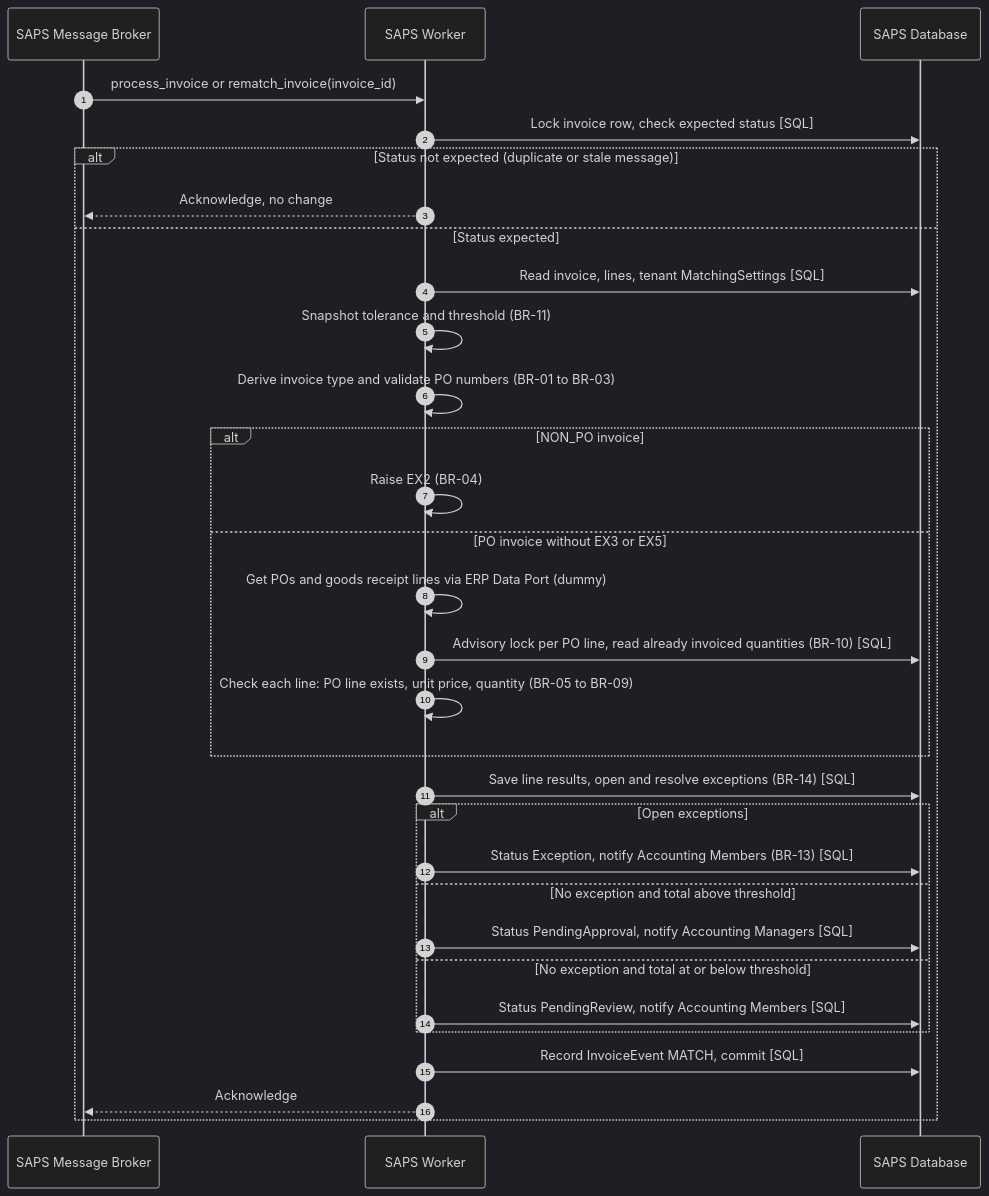
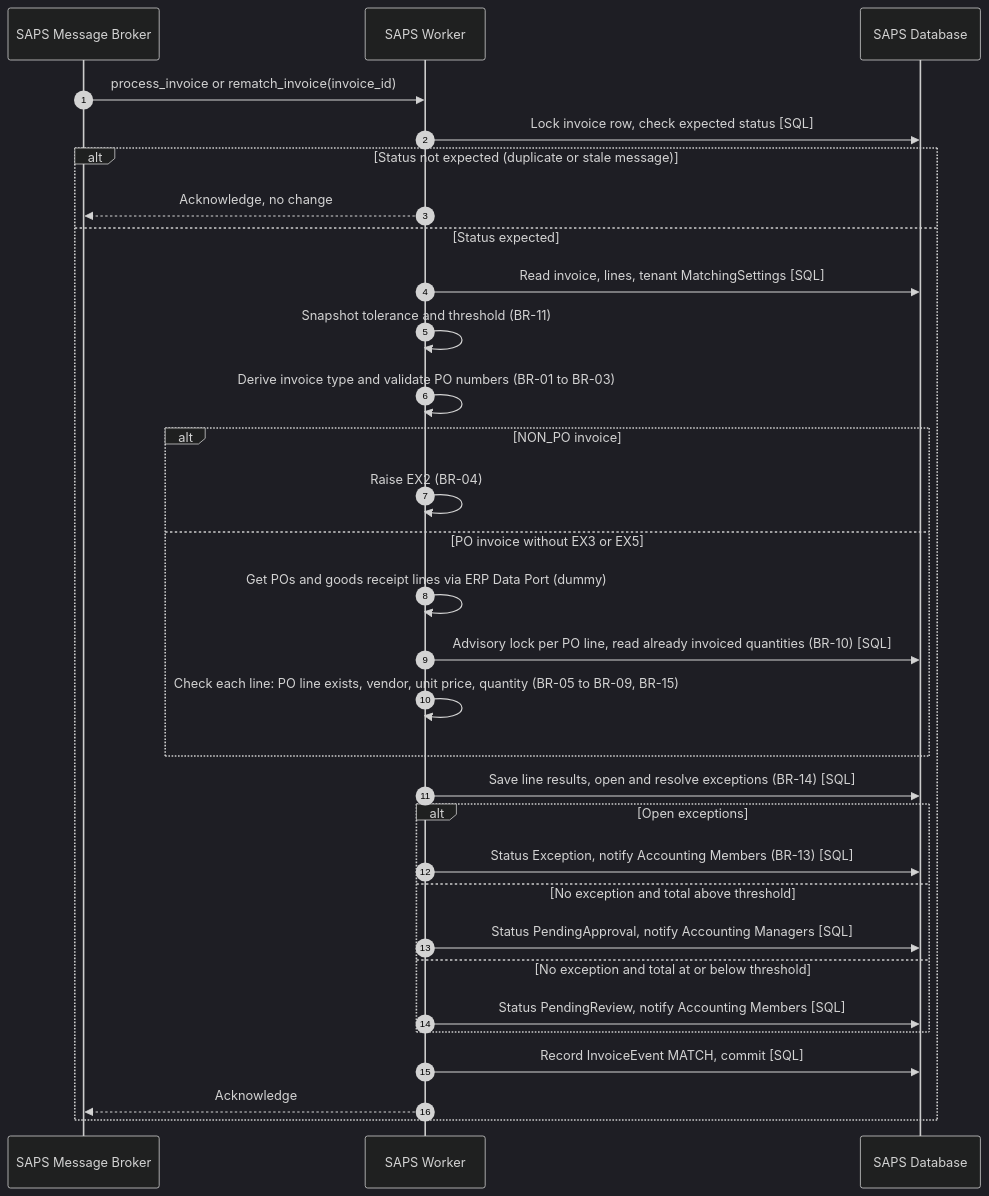
Before and after one commit to jiri-nguyen/SAPS: the first of 2 diagrams in docs/03-features/SAPS-19-invoice-matching.md, drawn with Mermaid (dark theme). The commit also changed other lines of this file and 9 other files, not shown here.

Commit message:
docs: log DEC-031..034 (EX10, quantity rule, PO-line matching); scope v0.5; OpenAPI 0.2.0; update SAPS-19, tests, glossary

````diff
--- a/docs/03-features/SAPS-19-invoice-matching.md
+++ b/docs/03-features/SAPS-19-invoice-matching.md
@@ -71,34 +73,34 @@
 ```mermaid
 sequenceDiagram
     autonumber
     participant MQ as SAPS Message Broker
     participant Worker as SAPS Worker
     participant DB as SAPS Database
 
     MQ->>Worker: process_invoice or rematch_invoice(invoice_id)
     Worker->>DB: Lock invoice row, check expected status [SQL]
     alt Status not expected (duplicate or stale message)
         Worker-->>MQ: Acknowledge, no change
     else Status expected
         Worker->>DB: Read invoice, lines, tenant MatchingSettings [SQL]
         Worker->>Worker: Snapshot tolerance and threshold (BR-11)
         Worker->>Worker: Derive invoice type and validate PO numbers (BR-01 to BR-03)
         alt NON_PO invoice
             Worker->>Worker: Raise EX2 (BR-04)
         else PO invoice without EX3 or EX5
             Worker->>Worker: Get POs and goods receipt lines via ERP Data Port (dummy)
             Worker->>DB: Advisory lock per PO line, read already invoiced quantities (BR-10) [SQL]
-            Worker->>Worker: Check each line: PO line exists, unit price, quantity (BR-05 to BR-09)
+            Worker->>Worker: Check each line: PO line exists, vendor, unit price, quantity (BR-05 to BR-09, BR-15)
         end
         Worker->>DB: Save line results, open and resolve exceptions (BR-14) [SQL]
         alt Open exceptions
             Worker->>DB: Status Exception, notify Accounting Members (BR-13) [SQL]
         else No exception and total above threshold
             Worker->>DB: Status PendingApproval, notify Accounting Managers [SQL]
         else No exception and total at or below threshold
             Worker->>DB: Status PendingReview, notify Accounting Members [SQL]
         end
         Worker->>DB: Record InvoiceEvent MATCH, commit [SQL]
         Worker-->>MQ: Acknowledge
     end
 ```
````
